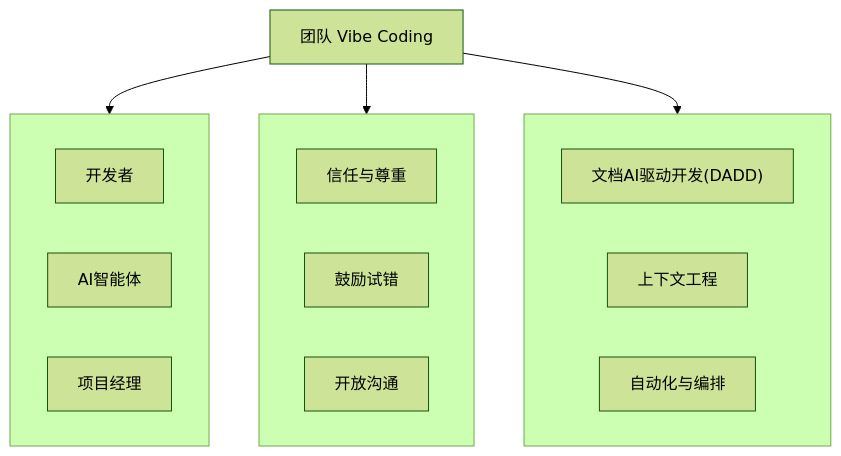
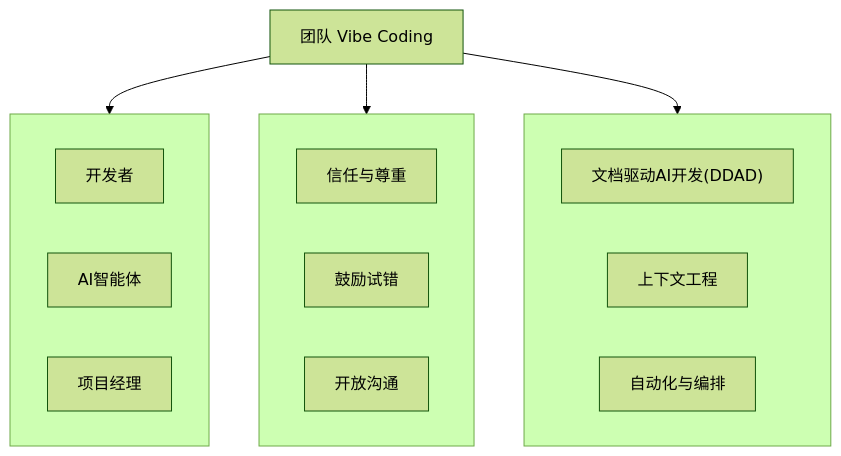
One commit to imleoo/claude-code-in-teams changed the diagram in part1/chapter2/definition.md. Above: the diagram before and after it, drawn with Mermaid (forest theme). The commit also changed other lines of this file and 16 other files, not shown here.

````diff
--- a/part1/chapter2/definition.md
+++ b/part1/chapter2/definition.md
@@ -9,24 +9,24 @@
 ```mermaid
 graph TD
     A["团队 Vibe Coding"] --> B["Team (多元主体)"];
     A --> C["Vibe (心理安全)"];
     A --> D["Coding (AI增强)"];
 
     subgraph B [ ]
         B1["开发者"]
         B2["AI智能体"]
         B3["项目经理"]
     end
 
     subgraph C [ ]
         C1["信任与尊重"]
         C2["鼓励试错"]
         C3["开放沟通"]
     end
 
     subgraph D [ ]
-        D1["文档AI驱动开发(DADD)"]
+        D1["文档驱动AI开发(DDAD)"]
         D2["上下文工程"]
         D3["自动化与编排"]
     end
 ```
````
